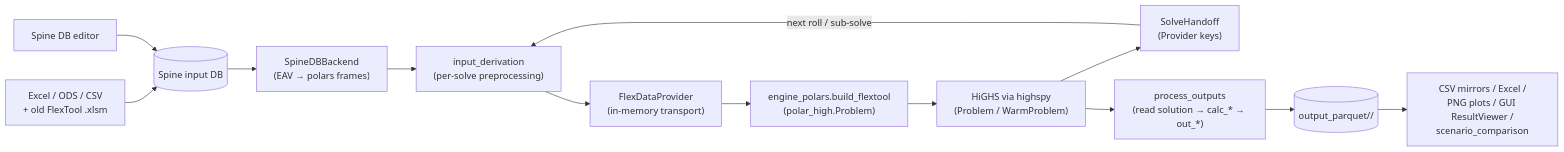
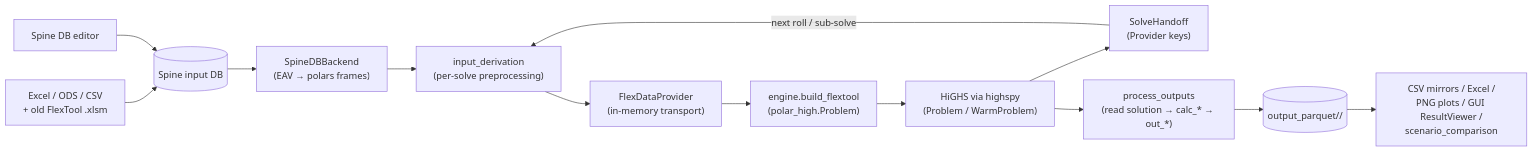
The first of 2 diagrams in docs/dev/architecture.md (irena-flextool/flextool), drawn with Mermaid before and after one commit. The commit also changed other lines of this file and 878 other files, not shown here.

First line of the commit message:
refactor(engine): rename flextool.engine_polars → flextool.engine

````diff
--- a/docs/dev/architecture.md
+++ b/docs/dev/architecture.md
@@ -17,15 +17,15 @@
 ```mermaid
 flowchart LR
   excel["Excel / ODS / CSV<br/>+ old FlexTool .xlsm"] --> spdb
   manual["Spine DB editor"] --> spdb[("Spine input DB")]
   spdb --> backend["SpineDBBackend<br/>(EAV → polars frames)"]
   backend --> derive["input_derivation<br/>(per-solve preprocessing)"]
   derive --> provider["FlexDataProvider<br/>(in-memory transport)"]
-  provider --> build["engine_polars.build_flextool<br/>(polar_high.Problem)"]
+  provider --> build["engine.build_flextool<br/>(polar_high.Problem)"]
   build --> solve["HiGHS via highspy<br/>(Problem / WarmProblem)"]
   solve --> handoff["SolveHandoff<br/>(Provider keys)"]
   handoff -->|next roll / sub-solve| derive
   solve --> outputs["process_outputs<br/>(read solution → calc_* → out_*)"]
   outputs --> parquet[("output_parquet/<scenario>/")]
   parquet --> renderers["CSV mirrors / Excel /<br/>PNG plots / GUI ResultViewer /<br/>scenario_comparison"]
 ```
````
